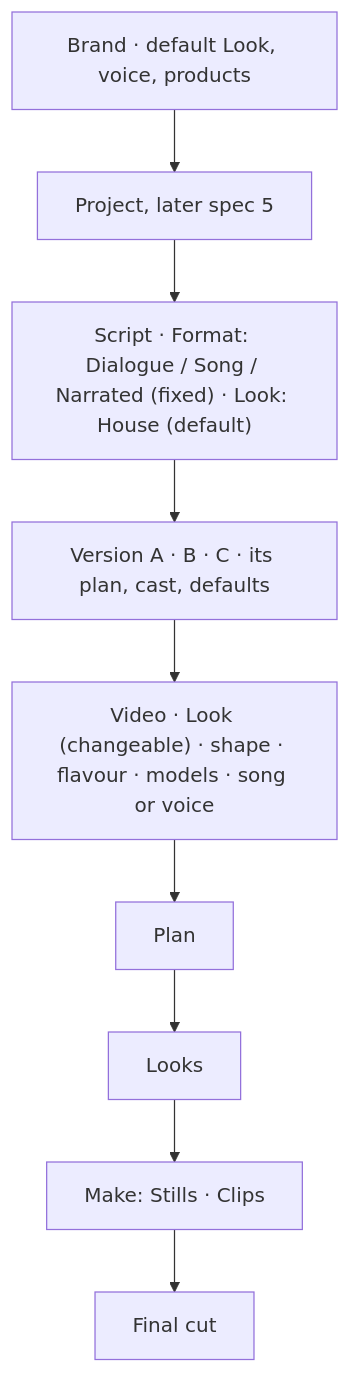
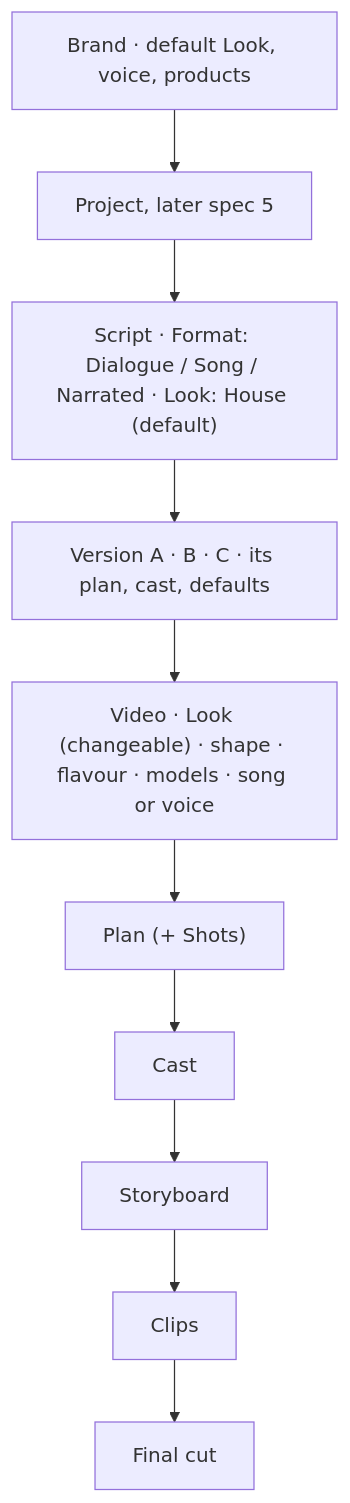
Before and after one commit to reedpafford/brand-studio: the fifth of 5 diagrams in docs/next/ux-audit.md, drawn with Mermaid. The commit also changed other lines of this file and 1 other file, not shown here.

First line of the commit message:
UX audit Part 7: five editor steps as agreed (Plan with Shots, Cast, Storyboard, Clips, Final cut); the case for Reed's P5.1 with what changes if no; findings PL1-PL12 on flows.md 1b; wireframes with a P5.1 switch, the Review list, AI notes, the plan's line sheet at 390

````diff
--- a/docs/next/ux-audit.md
+++ b/docs/next/ux-audit.md
@@ -1135,8 +1162,8 @@
 ```mermaid
 flowchart TD
   B[Brand · default Look, voice, products] --> PR[Project, later spec 5]
-  PR --> S["Script · Format: Dialogue / Song / Narrated (fixed) · Look: House (default)"]
+  PR --> S["Script · Format: Dialogue / Song / Narrated · Look: House (default)"]
   S --> V["Version A · B · C · its plan, cast, defaults"]
   V --> VID["Video · Look (changeable) · shape · flavour · models · song or voice"]
-  VID --> P[Plan] --> L[Looks] --> M["Make: Stills · Clips"] --> F[Final cut]
+  VID --> P["Plan (+ Shots)"] --> C[Cast] --> SB[Storyboard] --> CL[Clips] --> F[Final cut]
 ```
````
